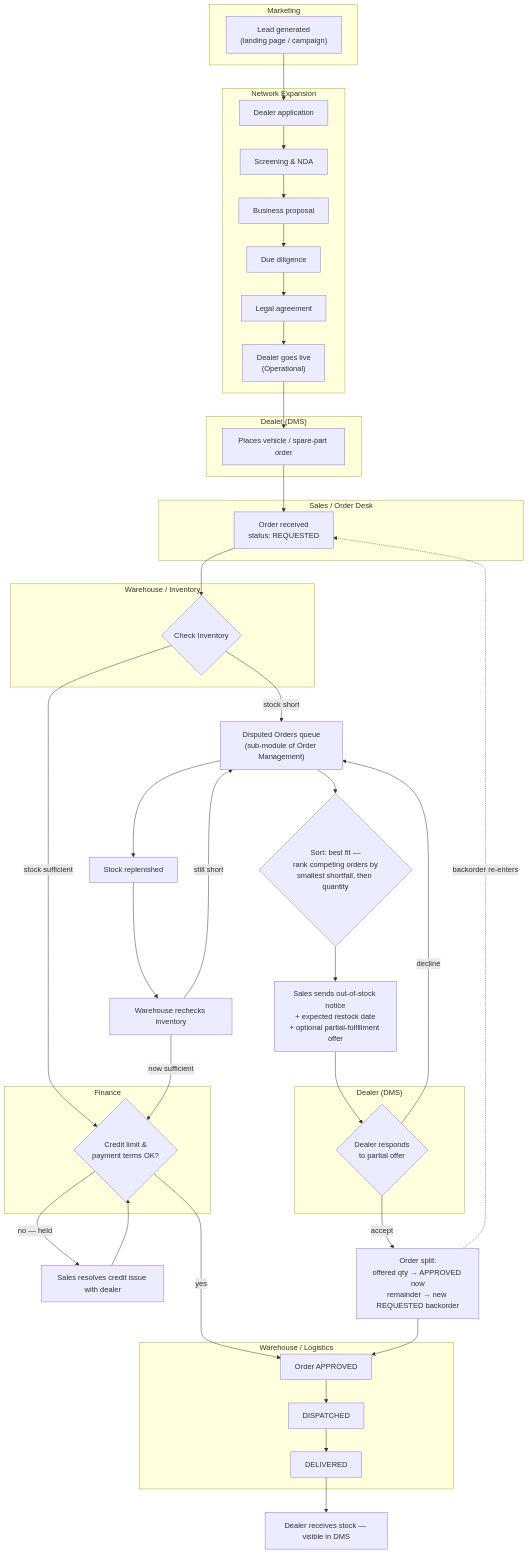
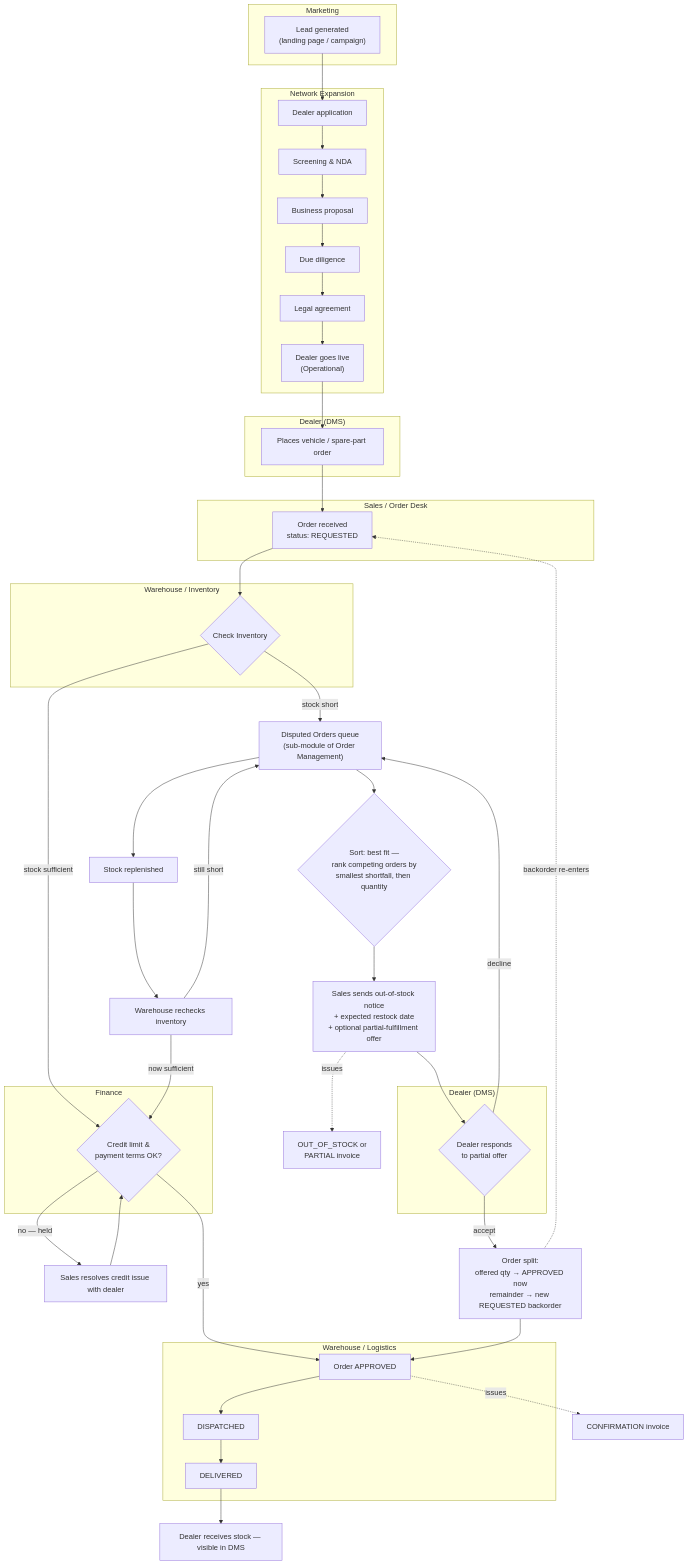
The fourth of 4 diagrams in docs/ARCHITECTURE_AND_FLOWS.md (Rishabh-patidar-dev/EV-CRM-), drawn with Mermaid before and after one commit. The commit also changed other lines of this file and 21 other files, not shown here.

````diff
--- a/docs/ARCHITECTURE_AND_FLOWS.md
+++ b/docs/ARCHITECTURE_AND_FLOWS.md
@@ -70,62 +72,64 @@
 ```mermaid
 flowchart TD
   subgraph MKT["Marketing"]
     A1["Lead generated<br/>(landing page / campaign)"]
   end
 
   subgraph NEX["Network Expansion"]
     A2["Dealer application"] --> A3["Screening & NDA"]
     A3 --> A4["Business proposal"]
     A4 --> A5["Due diligence"]
     A5 --> A6["Legal agreement"]
     A6 --> A7["Dealer goes live<br/>(Operational)"]
   end
   A1 --> A2
 
   subgraph DLR["Dealer (DMS)"]
     B1["Places vehicle / spare-part order"]
   end
   A7 --> B1
 
   subgraph SLS["Sales / Order Desk"]
     C1["Order received<br/>status: REQUESTED"]
   end
   B1 --> C1
 
   subgraph WHS["Warehouse / Inventory"]
     D1{"Check Inventory"}
   end
   C1 --> D1
 
   subgraph FIN["Finance"]
     E1{"Credit limit &<br/>payment terms OK?"}
   end
 
   subgraph LOG["Warehouse / Logistics"]
     G1["Order APPROVED"] --> G2["DISPATCHED"] --> G3["DELIVERED"]
   end
 
   D1 -->|"stock sufficient"| E1
   E1 -->|"yes"| G1
+  G1 -.->|"issues"| INV1["CONFIRMATION invoice"]
   E1 -->|"no — held"| F2["Sales resolves credit issue with dealer"]
   F2 --> E1
   G3 --> H1["Dealer receives stock — visible in DMS"]
 
   D1 -->|"stock short"| F1["Disputed Orders queue<br/>(sub-module of Order Management)"]
   F1 --> F0{"Sort: best fit —<br/>rank competing orders by<br/>smallest shortfall, then quantity"}
   F0 --> F3["Sales sends out-of-stock notice<br/>+ expected restock date<br/>+ optional partial-fulfillment offer"]
+  F3 -.->|"issues"| INV2["OUT_OF_STOCK or<br/>PARTIAL invoice"]
 
   subgraph DLR2["Dealer (DMS)"]
     F6{"Dealer responds<br/>to partial offer"}
   end
   F3 --> F6
   F6 -->|"accept"| F7["Order split:<br/>offered qty → APPROVED now<br/>remainder → new REQUESTED backorder"]
   F7 --> G1
   F7 -.->|"backorder re-enters"| C1
   F6 -->|"decline"| F1
 
   F1 --> F4["Stock replenished"]
   F4 --> F5["Warehouse rechecks inventory"]
   F5 -->|"now sufficient"| E1
   F5 -->|"still short"| F1
 ```
````
